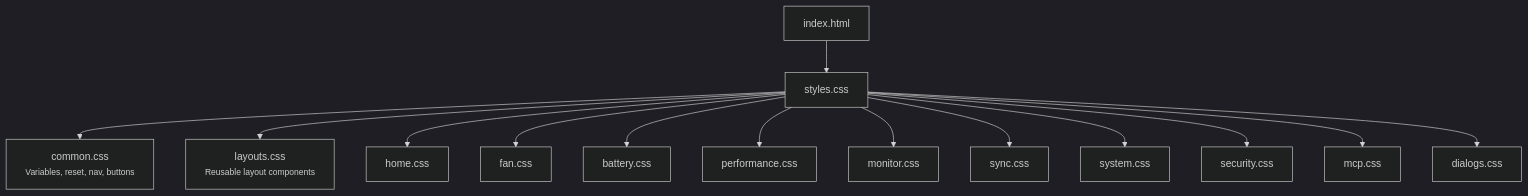
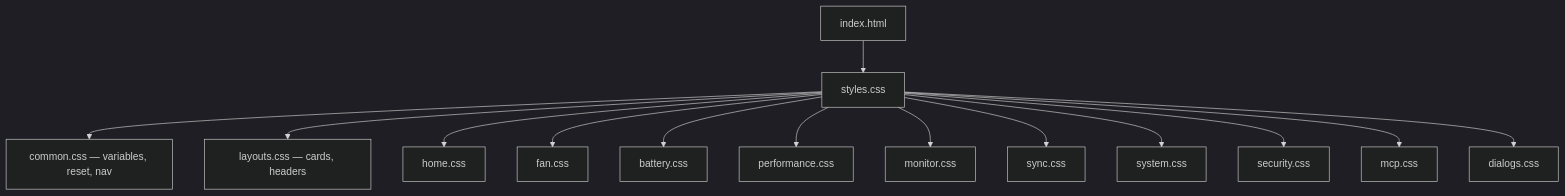
One commit to vietanhdev/ThinkUtils changed the first of 2 diagrams in docs/development/css.md. Above: the diagram before and after it, drawn with Mermaid (dark theme). The commit also changed other lines of this file and 4 other files, not shown here.

First line of the commit message:
docs: fix Mermaid diagrams for light/dark mode

````diff
--- a/docs/development/css.md
+++ b/docs/development/css.md
@@ -5,16 +5,16 @@
 ```mermaid
 graph TD
-    index.html --> styles.css
-    styles.css --> common.css["common.css<br/><small>Variables, reset, nav, buttons</small>"]
-    styles.css --> layouts.css["layouts.css<br/><small>Reusable layout components</small>"]
-    styles.css --> home.css
-    styles.css --> fan.css
-    styles.css --> battery.css
-    styles.css --> performance.css
-    styles.css --> monitor.css
-    styles.css --> sync.css
-    styles.css --> system.css
-    styles.css --> security.css
-    styles.css --> mcp.css
-    styles.css --> dialogs.css
+    A["index.html"] --> B["styles.css"]
+    B --> C["common.css — variables, reset, nav"]
+    B --> D["layouts.css — cards, headers"]
+    B --> E["home.css"]
+    B --> F["fan.css"]
+    B --> G["battery.css"]
+    B --> H["performance.css"]
+    B --> I["monitor.css"]
+    B --> J["sync.css"]
+    B --> K["system.css"]
+    B --> L["security.css"]
+    B --> M["mcp.css"]
+    B --> N["dialogs.css"]
 ```
````
